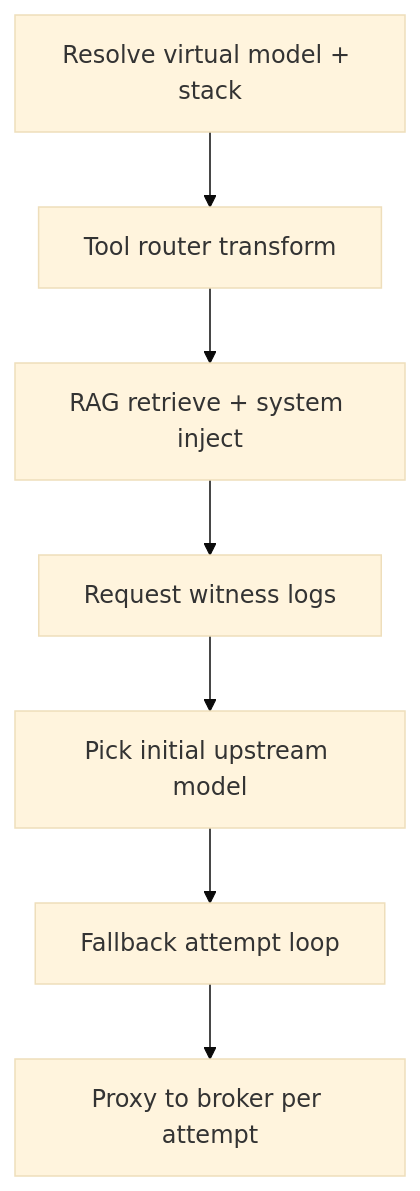
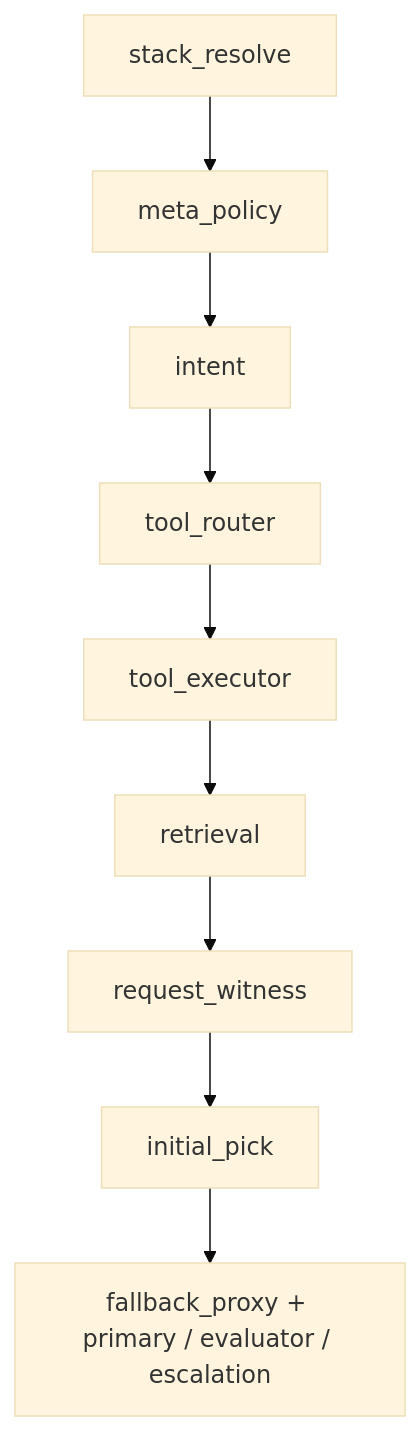
Before and after one commit to lynnvfrank/porcelain: the diagram in docs/features/gateway-chat-routing-pipeline.md, drawn with Mermaid (base theme). The commit also changed other lines of this file and 12 other files, not shown here.

````diff
--- a/docs/features/gateway-chat-routing-pipeline.md
+++ b/docs/features/gateway-chat-routing-pipeline.md
@@ -32,9 +34,11 @@
 ```mermaid
 flowchart TD
-  A[Resolve virtual model + stack] --> B[Tool router transform]
-  B --> C[RAG retrieve + system inject]
-  C --> D[Request witness logs]
-  D --> E[Pick initial upstream model]
-  E --> F[Fallback attempt loop]
-  F --> G[Proxy to broker per attempt]
+  A[stack_resolve] --> B[meta_policy]
+  B --> C[intent]
+  C --> D[tool_router]
+  D --> E[tool_executor]
+  E --> F[retrieval]
+  F --> G[request_witness]
+  G --> H[initial_pick]
+  H --> I[fallback_proxy + primary / evaluator / escalation]
 ```
````
